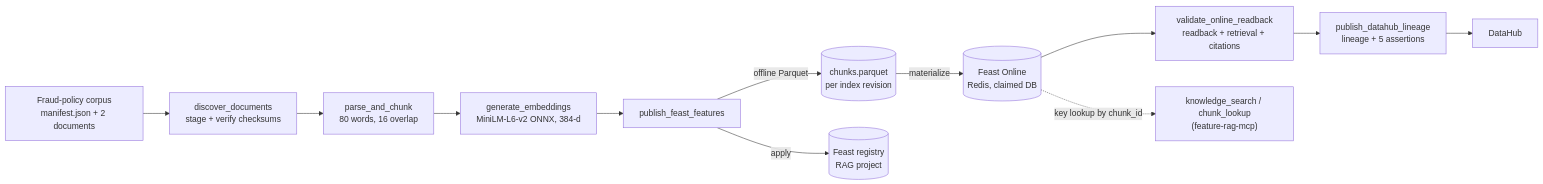
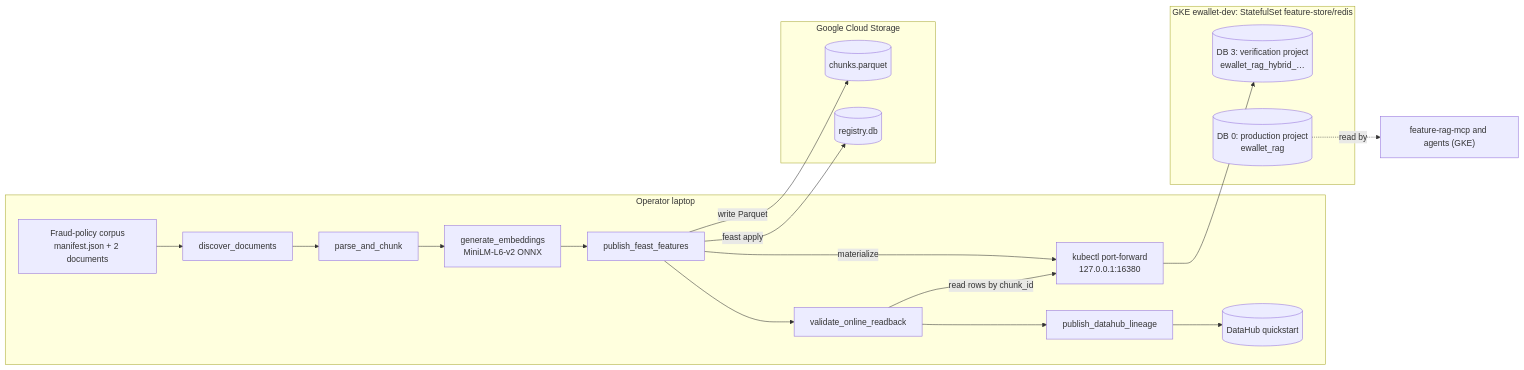
One commit to HuyyGiaa/ewallet-data-ai-platform changed the diagram in docs/edai2/rag/RAG_PIPELINE.md. Above: the diagram before and after it, drawn with Mermaid. The commit also changed other lines of this file and 38 other files, not shown here.

First line of the commit message:
docs(edai2): finalize RAG hybrid runtime evidence and rubric

````diff
--- a/docs/edai2/rag/RAG_PIPELINE.md
+++ b/docs/edai2/rag/RAG_PIPELINE.md
@@ -45,14 +59,28 @@
 ```mermaid
 flowchart LR
-    CORPUS["Fraud-policy corpus<br/>manifest.json + 2 documents"] --> D["discover_documents<br/>stage + verify checksums"]
-    D --> C["parse_and_chunk<br/>80 words, 16 overlap"]
-    C --> E["generate_embeddings<br/>MiniLM-L6-v2 ONNX, 384-d"]
-    E --> P["publish_feast_features"]
-    P -->|"offline Parquet"| OFF[("chunks.parquet<br/>per index revision")]
-    P -->|"apply"| REG[("Feast registry<br/>RAG project")]
-    OFF -->|"materialize"| ON[("Feast Online<br/>Redis, claimed DB")]
-    ON --> V["validate_online_readback<br/>readback + retrieval + citations"]
-    V --> G["publish_datahub_lineage<br/>lineage + 5 assertions"]
-    G --> DH["DataHub"]
-    ON -.->|"key lookup by chunk_id"| MCP["knowledge_search / chunk_lookup<br/>(feature-rag-mcp)"]
+    subgraph LAPTOP["Operator laptop"]
+        CORPUS["Fraud-policy corpus<br/>manifest.json + 2 documents"] --> D["discover_documents"]
+        D --> C["parse_and_chunk"]
+        C --> E["generate_embeddings<br/>MiniLM-L6-v2 ONNX"]
+        E --> P["publish_feast_features"]
+        P --> V["validate_online_readback"]
+        V --> G["publish_datahub_lineage"]
+        G --> DH[("DataHub quickstart")]
+        PF["kubectl port-forward<br/>127.0.0.1:16380"]
+    end
+    subgraph GCS["Google Cloud Storage"]
+        OFF[("chunks.parquet")]
+        REG[("registry.db")]
+    end
+    subgraph GKE["GKE ewallet-dev: StatefulSet feature-store/redis"]
+        R3[("DB 3: verification project<br/>ewallet_rag_hybrid_…")]
+        R0[("DB 0: production project<br/>ewallet_rag")]
+    end
+    MCP["feature-rag-mcp and agents (GKE)"]
+    P -->|"write Parquet"| OFF
+    P -->|"feast apply"| REG
+    P -->|"materialize"| PF
+    V -->|"read rows by chunk_id"| PF
+    PF --> R3
+    R0 -.->|"read by"| MCP
 ```
````
